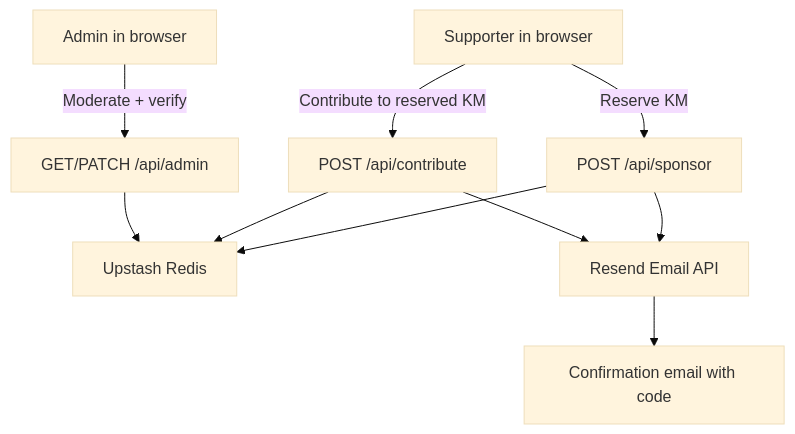
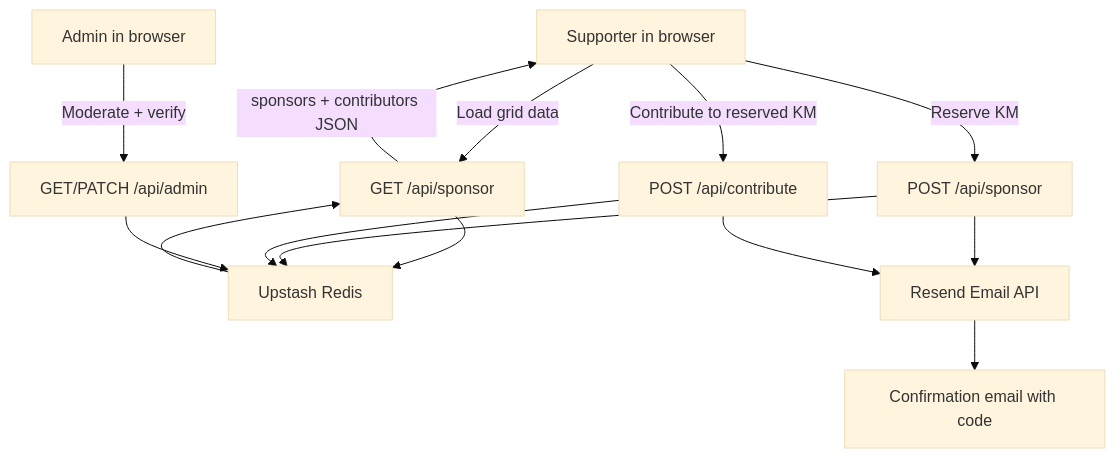
One commit to Himikid/42km-for-sudan changed the diagram in README.md. Above: the diagram before and after it, drawn with Mermaid (base theme). The commit also changed other lines of this file, not shown here.

Commit message:
docs: refine README architecture and summary headings

````diff
--- a/README.md
+++ b/README.md
@@ -21,15 +21,20 @@
 ```mermaid
 flowchart TD
+    U["Supporter in browser"] -->|"Load grid data"| G["GET /api/sponsor"]
     U["Supporter in browser"] -->|"Reserve KM"| A["POST /api/sponsor"]
     U -->|"Contribute to reserved KM"| B["POST /api/contribute"]
     AD["Admin in browser"] -->|"Moderate + verify"| C["GET/PATCH /api/admin"]
+
+    G --> R["Upstash Redis"]
+    R --> G
+    G -->|"sponsors + contributors JSON"| U
 
     A --> R["Upstash Redis"]
     B --> R
     C --> R
 
     A --> E["Resend Email API"]
     B --> E
 
     E --> M["Confirmation email with code"]
 ```
````
